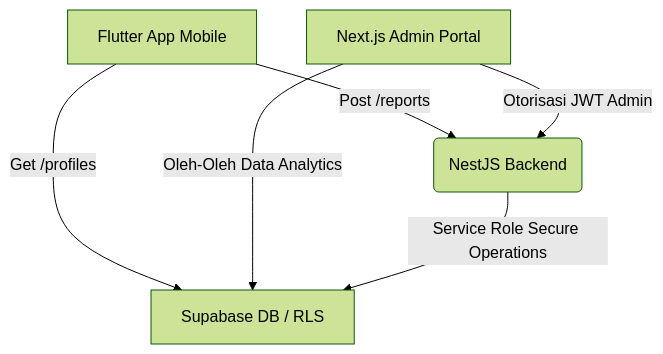
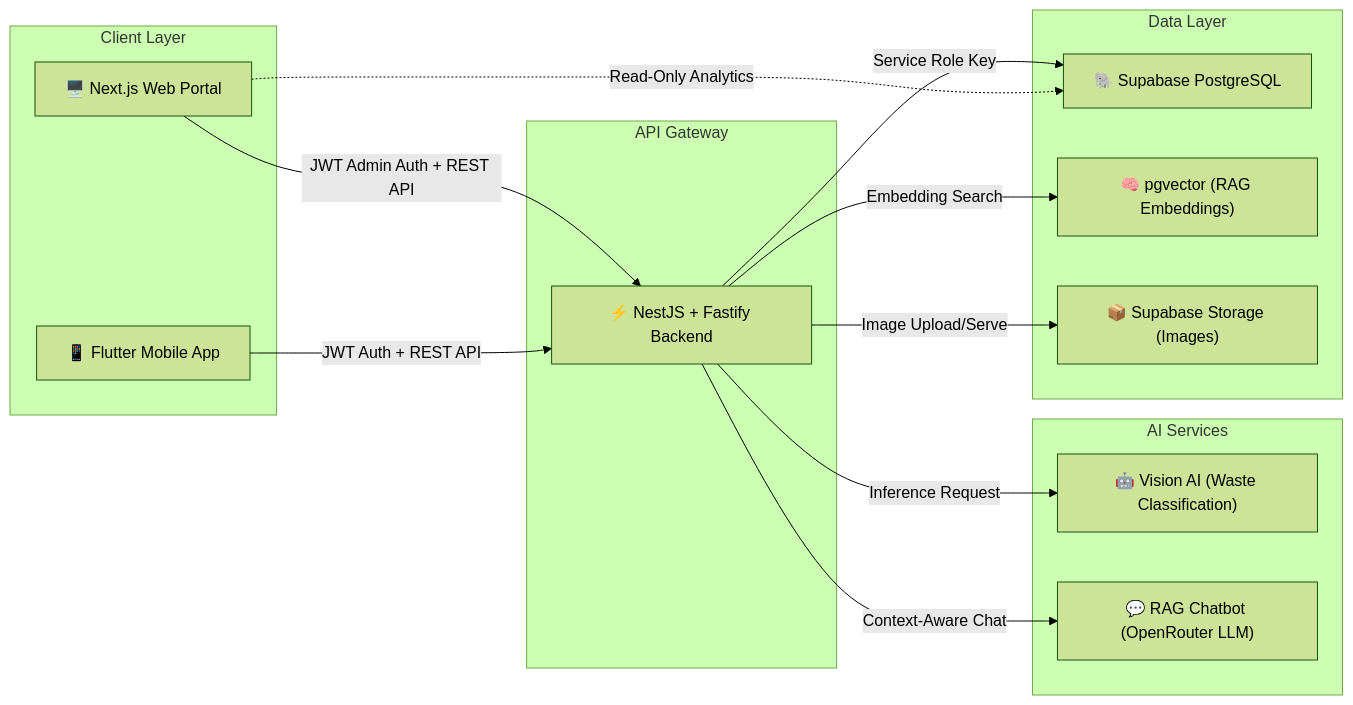
The diagram in frontend/README.md (agissugandi7203-ops/EKKA-2026_MarhasAI), drawn with Mermaid (forest theme) before and after one commit. The commit also changed other lines of this file, not shown here.

Commit message:
docs(frontend): rewrite README with world-class professional documentation, architecture diagrams, security policies, and full feature catalog

````diff
--- a/frontend/README.md
+++ b/frontend/README.md
@@ -112,8 +30,31 @@
 ```mermaid
-graph TD
-    A[Flutter App Mobile] -->|Post /reports| B(NestJS Backend)
-    A -->|Get /profiles| C[Supabase DB / RLS]
-    D[Next.js Admin Portal] -->|Otorisasi JWT Admin| B
-    D -->|Oleh-Oleh Data Analytics| C
-    B -->|Service Role Secure Operations| C
+graph LR
+    subgraph Client Layer
+        A["📱 Flutter Mobile App"]
+        B["🖥️ Next.js Web Portal"]
+    end
+
+    subgraph API Gateway
+        C["⚡ NestJS + Fastify Backend"]
+    end
+
+    subgraph Data Layer
+        D["🐘 Supabase PostgreSQL"]
+        E["🧠 pgvector (RAG Embeddings)"]
+        F["📦 Supabase Storage (Images)"]
+    end
+
+    subgraph AI Services
+        G["🤖 Vision AI (Waste Classification)"]
+        H["💬 RAG Chatbot (OpenRouter LLM)"]
+    end
+
+    A -->|JWT Auth + REST API| C
+    B -->|JWT Admin Auth + REST API| C
+    B -.->|Read-Only Analytics| D
+    C -->|Service Role Key| D
+    C -->|Embedding Search| E
+    C -->|Image Upload/Serve| F
+    C -->|Inference Request| G
+    C -->|Context-Aware Chat| H
 ```
````
